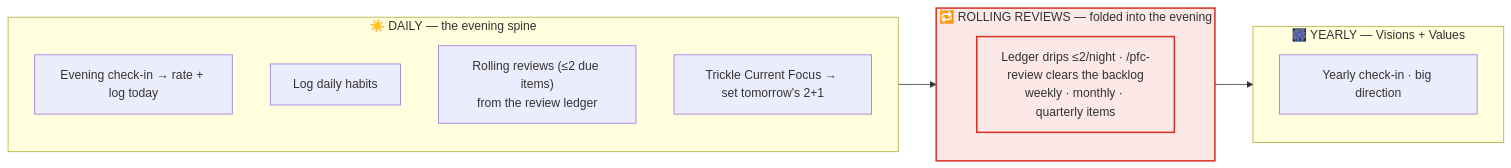
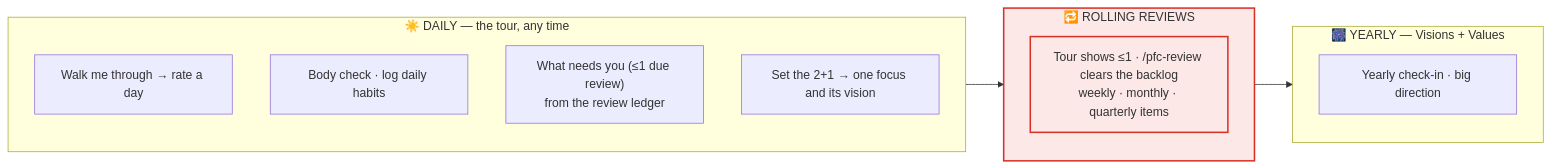
The second of 2 diagrams in docs/system-map.md (Jikodis/my-pfc), drawn with Mermaid before and after one commit. The commit also changed other lines of this file and 377 other files, not shown here.

````diff
--- a/docs/system-map.md
+++ b/docs/system-map.md
@@ -75,19 +75,19 @@
 ```mermaid
 flowchart LR
-    subgraph DAY["☀️ DAILY — the evening spine"]
+    subgraph DAY["☀️ DAILY — the tour, any time"]
       direction TB
-      D1["Evening check-in → rate + log today"]
-      D2["Log daily habits"]
-      D3["Rolling reviews (≤2 due items)<br/>from the review ledger"]
-      D4["Trickle Current Focus → set tomorrow's 2+1"]
+      D1["Walk me through → rate a day"]
+      D2["Body check · log daily habits"]
+      D3["What needs you (≤1 due review)<br/>from the review ledger"]
+      D4["Set the 2+1 → one focus and its vision"]
     end
-    subgraph REV["🔁 ROLLING REVIEWS — folded into the evening"]
-      R1["Ledger drips ≤2/night · /pfc-review clears the backlog<br/>weekly · monthly · quarterly items"]
+    subgraph REV["🔁 ROLLING REVIEWS"]
+      R1["Tour shows ≤1 · /pfc-review clears the backlog<br/>weekly · monthly · quarterly items"]
     end
     subgraph YEAR["🎆 YEARLY — Visions + Values"]
       Y1["Yearly check-in · big direction"]
     end
     DAY --> REV --> YEAR
     classDef q fill:#fce8e6,stroke:#d93025,stroke-width:2px;
     class R1,REV q;
 ```
````
